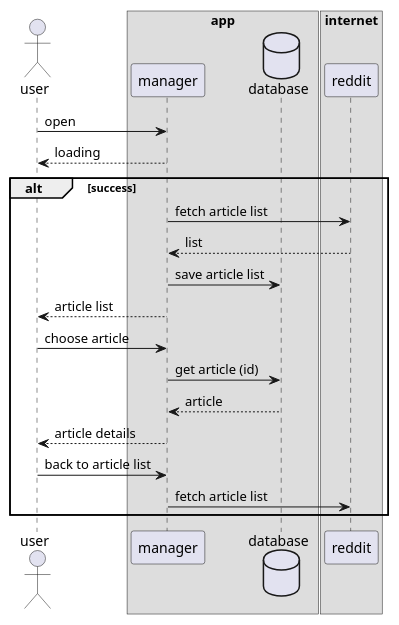
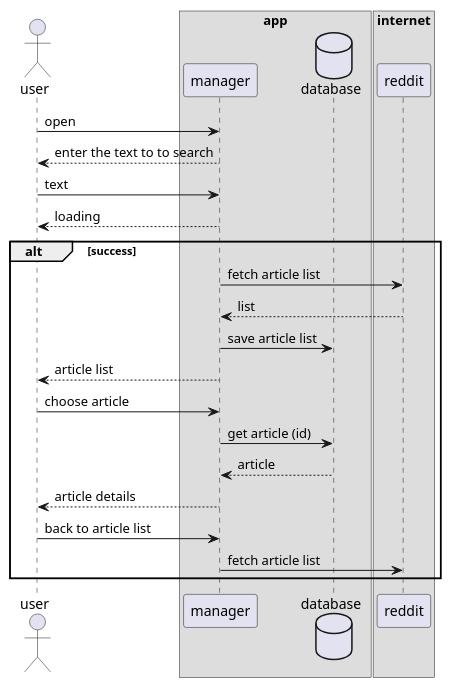
One commit to viniciushisao/reddit-articles changed the diagram in docs/puml/sequencediagram.puml. Above: the diagram before and after it, drawn with PlantUML. The commit also changed 11 other files, not shown here.

```diff
--- a/docs/puml/sequencediagram.puml
+++ b/docs/puml/sequencediagram.puml
@@ -1,31 +1,33 @@
 @startuml
 actor user
 
 box "app"
 participant manager
 database database
 endbox
 
 box "internet"
 participant reddit
 endbox
 
 
 user -> manager : open
+manager --> user : enter the text to to search
+user -> manager: text
 manager --> user : loading
 alt success
 manager -> reddit : fetch article list
 reddit --> manager : list
 manager -> database : save article list
 manager --> user: article list
 user -> manager : choose article
 manager -> database : get article (id)
 database --> manager : article
 manager --> user : article details
 user -> manager : back to article list
 manager -> reddit : fetch article list
 
 end
 
 
 @enduml
```
